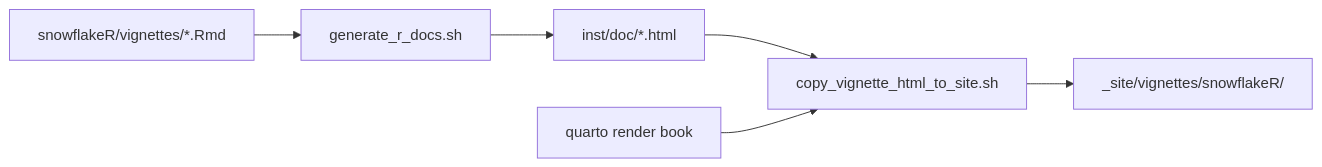
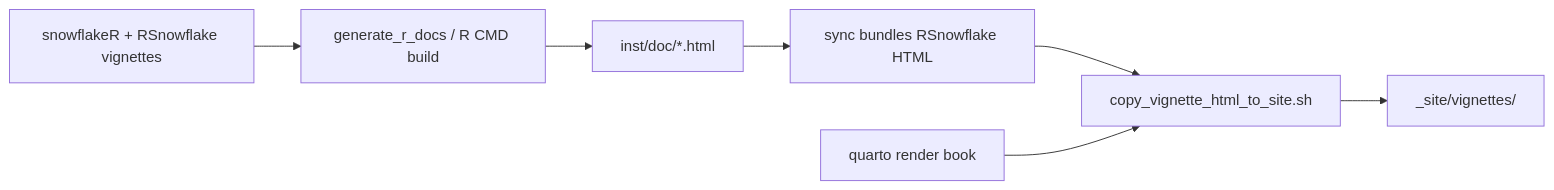
Before and after one commit to Snowflake-Labs/snowflakeR: the diagram in guide/Hitchhikers_Guide_to_R_in_Snowflake/appendices/H_package_vignettes/index.qmd, drawn with Mermaid. The commit also changed other lines of this file and 7 other files, not shown here.

````diff
--- a/guide/Hitchhikers_Guide_to_R_in_Snowflake/appendices/H_package_vignettes/index.qmd
+++ b/guide/Hitchhikers_Guide_to_R_in_Snowflake/appendices/H_package_vignettes/index.qmd
@@ -63,13 +63,15 @@
 ```{mermaid}
 flowchart LR
-  RMD[snowflakeR/vignettes/*.Rmd]
-  GEN[generate_r_docs.sh]
+  RMD[snowflakeR + RSnowflake vignettes]
+  GEN[generate_r_docs / R CMD build]
   DOC[inst/doc/*.html]
+  SYNC[sync bundles RSnowflake HTML]
   QRT[quarto render book]
   CP[copy_vignette_html_to_site.sh]
-  SITE[_site/vignettes/snowflakeR/]
+  SITE[_site/vignettes/]
 
   RMD --> GEN --> DOC
-  DOC --> CP
+  DOC --> SYNC
+  SYNC --> CP
   QRT --> CP --> SITE
 ```
````
